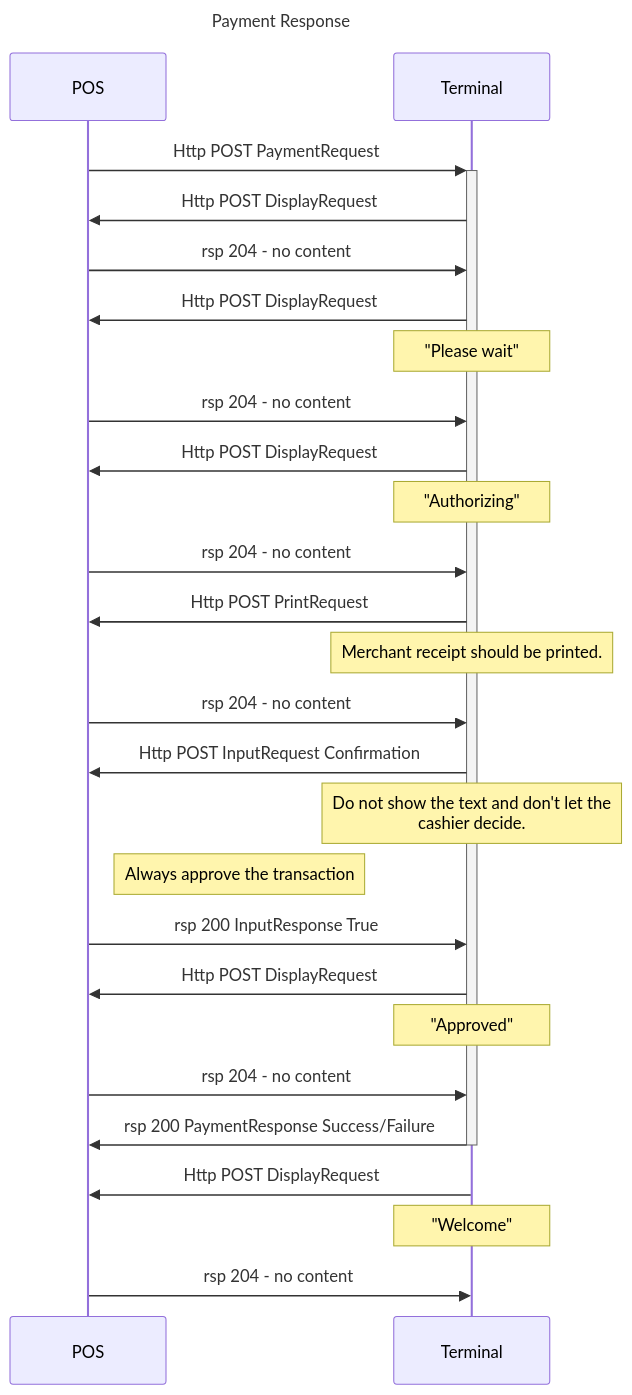
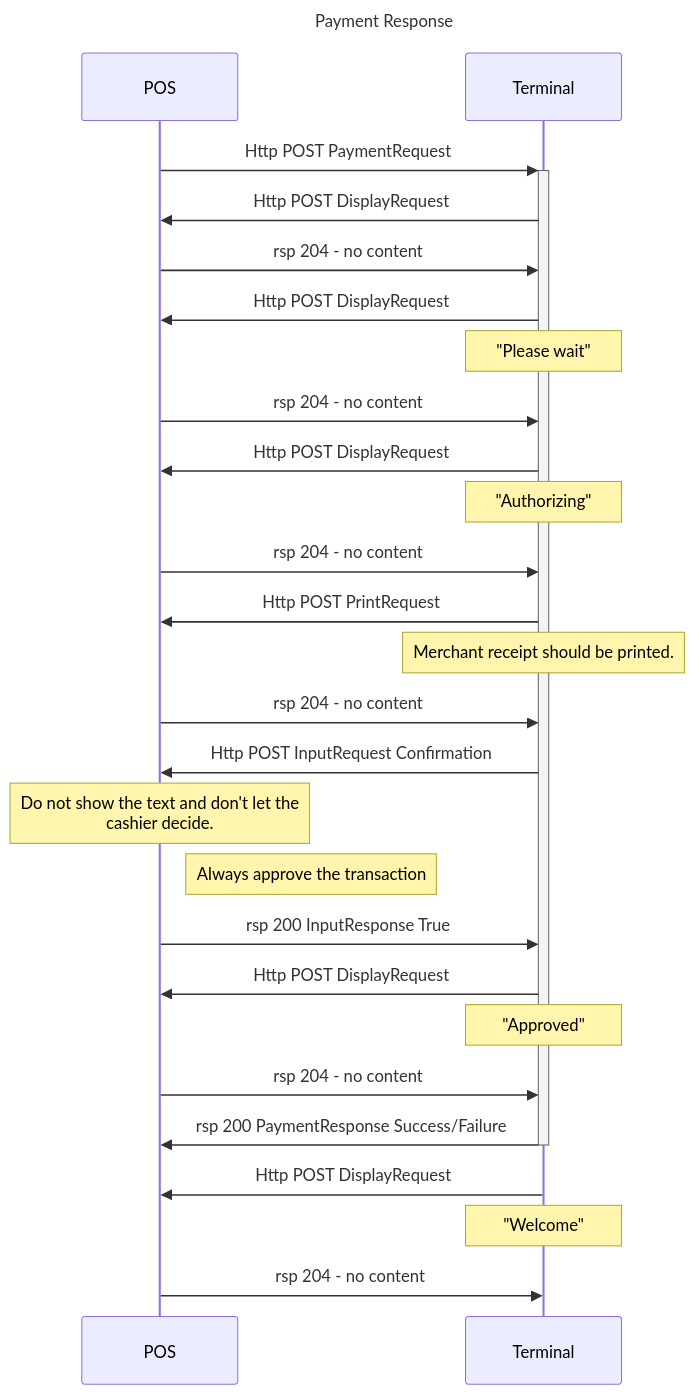
Before and after one commit to SwedbankPay/developer.swedbankpay.com: the first of 2 diagrams in pax-terminal/Nexo-Retailer/Quick-guide/cvm_signature.md, drawn with Mermaid. The commit also changed 1 other file, not shown here.

Commit message:
DEVELOP-POS: editorial

````diff
--- a/pax-terminal/Nexo-Retailer/Quick-guide/cvm_signature.md
+++ b/pax-terminal/Nexo-Retailer/Quick-guide/cvm_signature.md
@@ -12,27 +12,27 @@
 ```mermaid
 sequenceDiagram
 title: Payment Response
 POS->>+Terminal: Http POST PaymentRequest
 Terminal->>POS: Http POST DisplayRequest
 POS->>Terminal: rsp 204 - no content
 Terminal->>POS: Http POST DisplayRequest
 Note over Terminal: "Please wait"
 POS->>Terminal: rsp 204 - no content
 Terminal->>POS: Http POST DisplayRequest
 Note over Terminal: "Authorizing"
 POS->>Terminal: rsp 204 - no content
 Terminal->>POS: Http POST PrintRequest
 Note over Terminal: Merchant receipt should be printed.
 POS->>Terminal: rsp 204 - no content
 Terminal->>POS: Http POST InputRequest Confirmation
-Note over Terminal: Do not show the text and don't let the<br>cashier decide.
+Note over POS: Do not show the text and don't let the<br>cashier decide.
 Note right of POS: Always approve the transaction
 POS->>Terminal: rsp 200 InputResponse True
 Terminal->>POS: Http POST DisplayRequest
 Note over Terminal: "Approved"
 POS->>Terminal: rsp 204 - no content
 Terminal->>-POS: rsp 200 PaymentResponse Success/Failure
 Terminal->>POS: Http POST DisplayRequest
 Note over Terminal: "Welcome"
 POS->>Terminal: rsp 204 - no content
 ```
````
